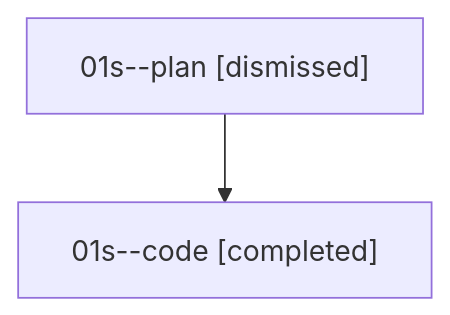
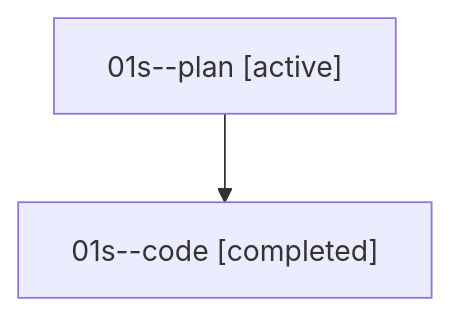
Before and after one commit to bobs-org/bob-cli--agents: the diagram in families/bbugyi200.athena.01s.md, drawn with Mermaid. The commit also changed other lines of this file and 1279 other files, not shown here.

````diff
--- a/families/bbugyi200.athena.01s.md
+++ b/families/bbugyi200.athena.01s.md
@@ -9,6 +9,6 @@
 ```mermaid
 flowchart TD
-  n0["01s--plan [dismissed]"]
+  n0["01s--plan [active]"]
   n1["01s--code [completed]"]
   n0 --> n1
 ```
````
